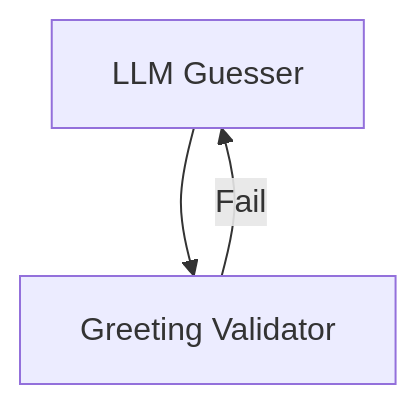
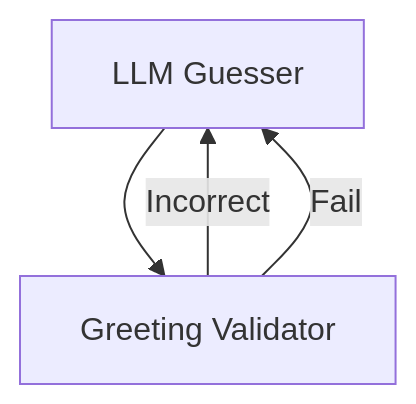
Before and after one commit to APAF-bioinformatics/HydraR: the second of 3 diagrams in docs/articles/hello_world_agent.md, drawn with Mermaid. The commit also changed other lines of this file and 145 other files, not shown here.

````diff
--- a/docs/articles/hello_world_agent.md
+++ b/docs/articles/hello_world_agent.md
@@ -102,7 +135,8 @@
 ``` mermaid
 graph TD
   Guesser["LLM Guesser"]
   Validator["Greeting Validator"]
   Guesser --> Validator
+  Validator -- Incorrect --> Guesser
   Validator -- Fail --> Guesser
 ```
````
